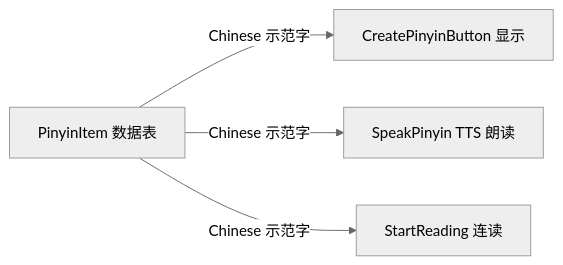
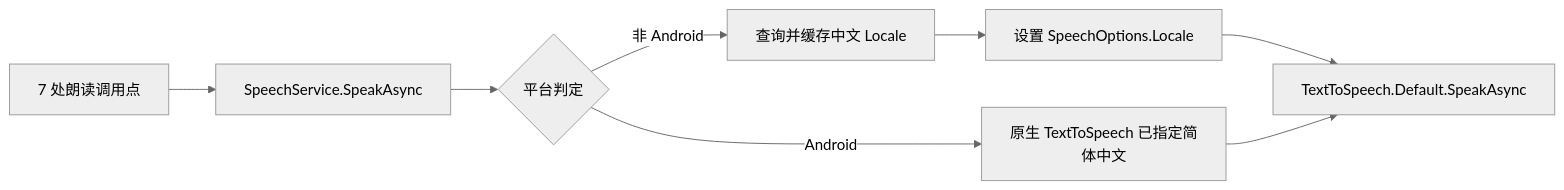
Before and after one commit to laichengjie/EnglishReadingApp2: the diagram in .codebuddy/plans/拼音字母表读音校正_3e28a48f.md, drawn with Mermaid (neutral theme). The commit also changed other lines of this file and 1 other file, not shown here.

````diff
--- a/.codebuddy/plans/拼音字母表读音校正_3e28a48f.md
+++ b/.codebuddy/plans/拼音字母表读音校正_3e28a48f.md
@@ -72,6 +124,10 @@
 ```mermaid
 flowchart LR
-    A[PinyinItem 数据表] -->|Chinese 示范字| B[CreatePinyinButton 显示]
-    A -->|Chinese 示范字| C[SpeakPinyin TTS 朗读]
-    A -->|Chinese 示范字| D[StartReading 连读]
+    A[7 处朗读调用点] --> B[SpeechService.SpeakAsync]
+    B --> C{平台判定}
+    C -->|Android| D[原生 TextToSpeech 已指定简体中文]
+    C -->|非 Android| E[查询并缓存中文 Locale]
+    E --> F[设置 SpeechOptions.Locale]
+    F --> G[TextToSpeech.Default.SpeakAsync]
+    D --> G
 ```
````
